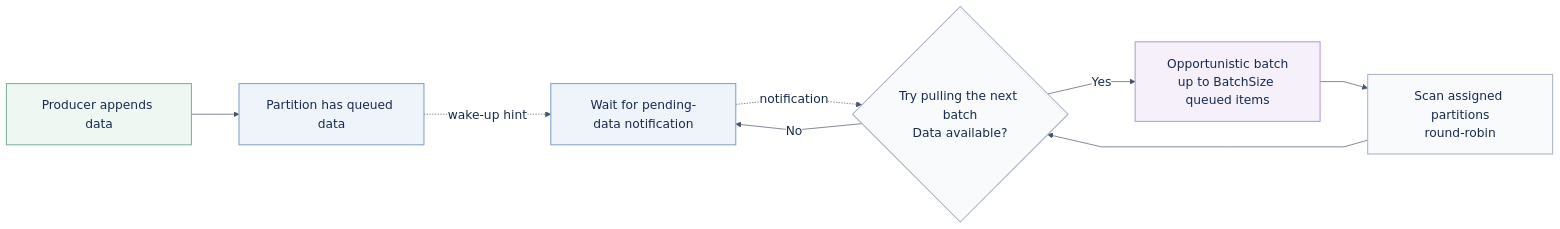
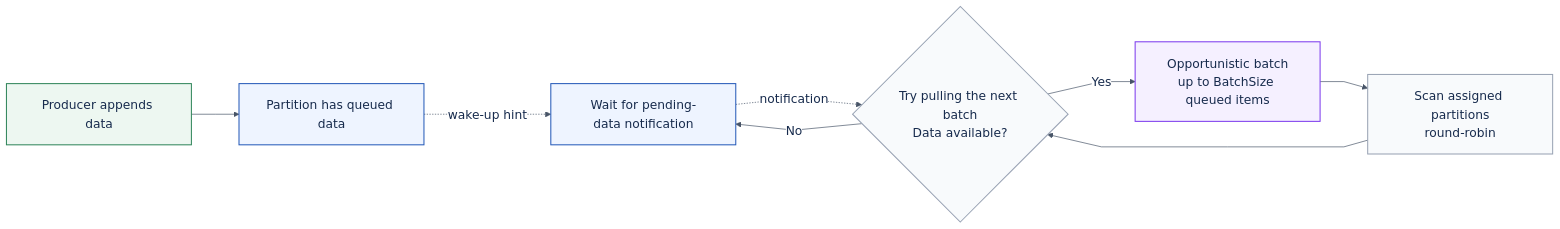
Before and after one commit to eventhorizon-cli/BufferQueue: the diagram in docs/assets/bufferqueue-opportunistic-batching.mmd, drawn with Mermaid. The commit also changed 45 other files, not shown here.

Commit message:
docs: restore higher-contrast chart colors

```diff
--- a/docs/assets/bufferqueue-opportunistic-batching.mmd
+++ b/docs/assets/bufferqueue-opportunistic-batching.mmd
@@ -1,37 +1,37 @@
 ---
 config:
   flowchart:
     htmlLabels: true
     curve: linear
     nodeSpacing: 55
     rankSpacing: 70
     padding: 18
   theme: base
   themeVariables:
     fontFamily: "Arial, PingFang SC, Microsoft YaHei, sans-serif"
     fontSize: 18px
     primaryTextColor: "#172b4d"
     lineColor: "#475467"
     edgeLabelBackground: "#ffffff"
     clusterBkg: "#f8fafc"
     clusterBorder: "#d0d5dd"
 ---
 flowchart LR
     P[Producer appends data] --> Q[Partition has queued data]
     Q -. wake-up hint .-> W[Wait for pending-data notification]
     W -. notification .-> D{Try pulling the next batch<br/>Data available?}
     S[Scan assigned partitions<br/>round-robin] --> D
     D -- Yes --> B[Opportunistic batch<br/>up to BatchSize queued items]
     B --> S
     D -- No --> W
 
     class P client
     class Q router
     class S,D core
     class W wait
     class B handler
-    classDef client fill:#eff7f2,stroke:#7cae9a,color:#172b4d,stroke-width:1.5px
-    classDef router fill:#eff4fb,stroke:#7c9fc9,color:#172b4d,stroke-width:1.5px
-    classDef core fill:#f8fafc,stroke:#a6b1c0,color:#172b4d,stroke-width:1.5px
-    classDef wait fill:#eff4fb,stroke:#7c9fc9,color:#172b4d,stroke-width:1.5px
-    classDef handler fill:#f5f0fa,stroke:#b29bcc,color:#172b4d,stroke-width:1.5px
+    classDef client fill:#edf7f1,stroke:#2f855a,color:#172b4d,stroke-width:1.5px
+    classDef router fill:#eef4ff,stroke:#2459b8,color:#172b4d,stroke-width:1.5px
+    classDef core fill:#f8fafc,stroke:#98a2b3,color:#172b4d,stroke-width:1.5px
+    classDef wait fill:#eef4ff,stroke:#2459b8,color:#172b4d,stroke-width:1.5px
+    classDef handler fill:#f5f0ff,stroke:#7c3aed,color:#172b4d,stroke-width:1.5px
```
